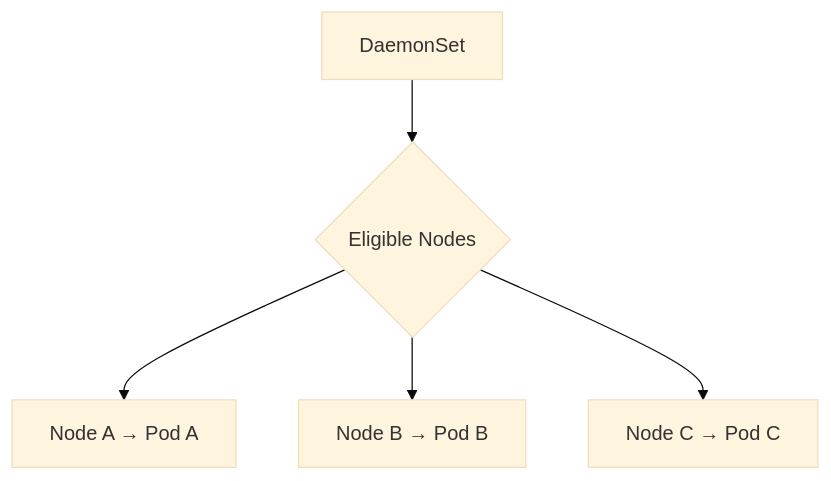
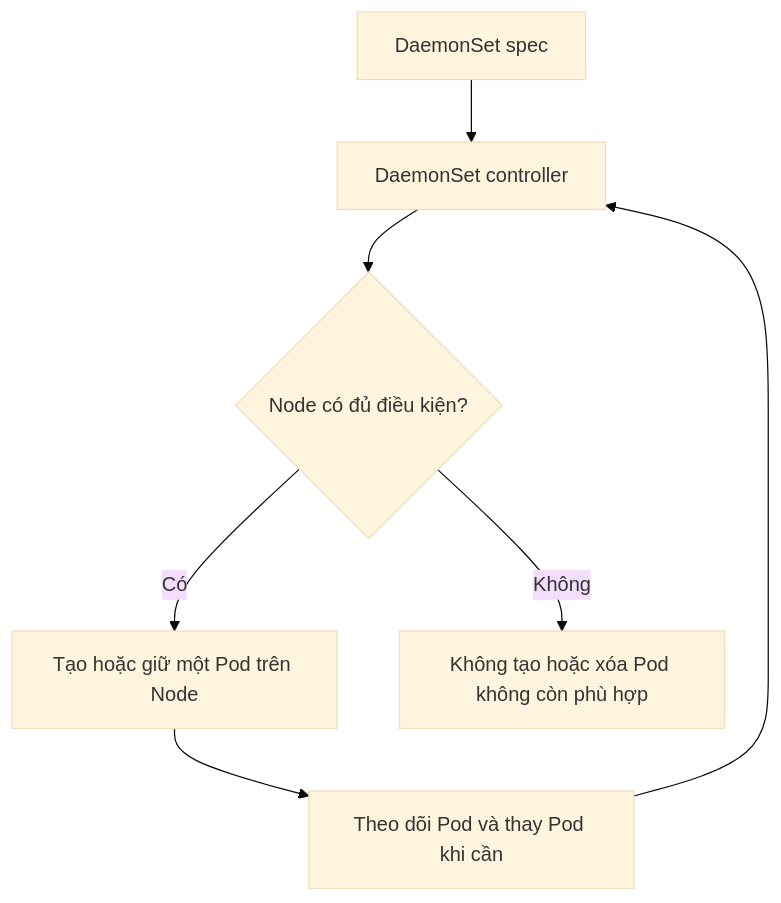
The diagram in content/docs/workloads/daemonset.md (vanhiep99w/k8s-learn), drawn with Mermaid (base theme) before and after one commit. The commit also changed other lines of this file and 17 other files, not shown here.

````diff
--- a/content/docs/workloads/daemonset.md
+++ b/content/docs/workloads/daemonset.md
@@ -47,7 +82,9 @@
 ```mermaid
 flowchart TD
-    D[DaemonSet] --> N{Eligible Nodes}
-    N --> A[Node A → Pod A]
-    N --> B[Node B → Pod B]
-    N --> C[Node C → Pod C]
+    S[DaemonSet spec] --> C[DaemonSet controller]
+    C --> E{Node có đủ điều kiện?}
+    E -->|Có| P[Tạo hoặc giữ một Pod trên Node]
+    E -->|Không| X[Không tạo hoặc xóa Pod không còn phù hợp]
+    P --> R[Theo dõi Pod và thay Pod khi cần]
+    R --> C
 ```
````
